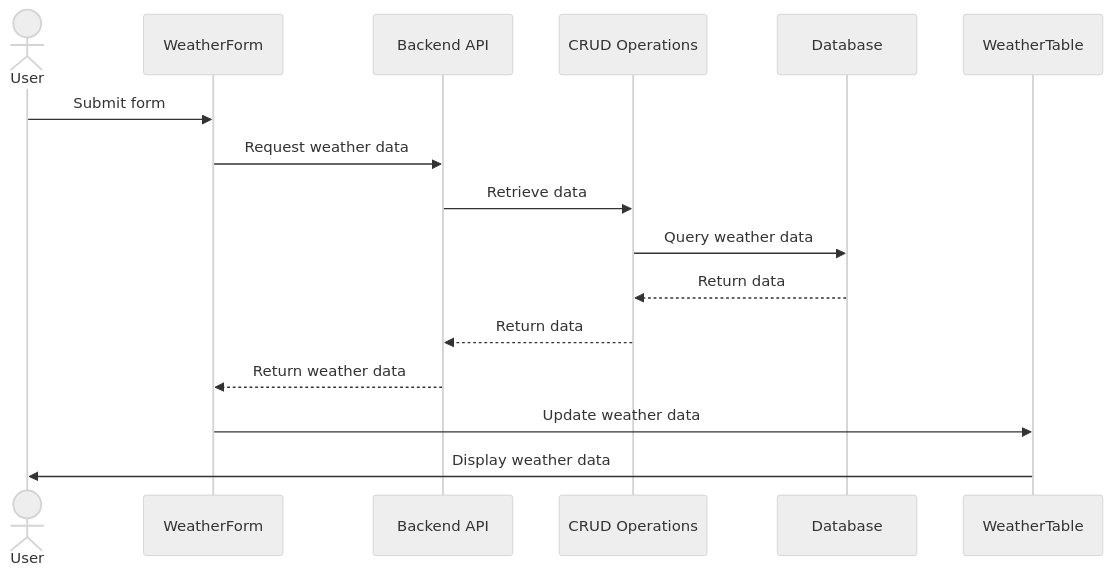
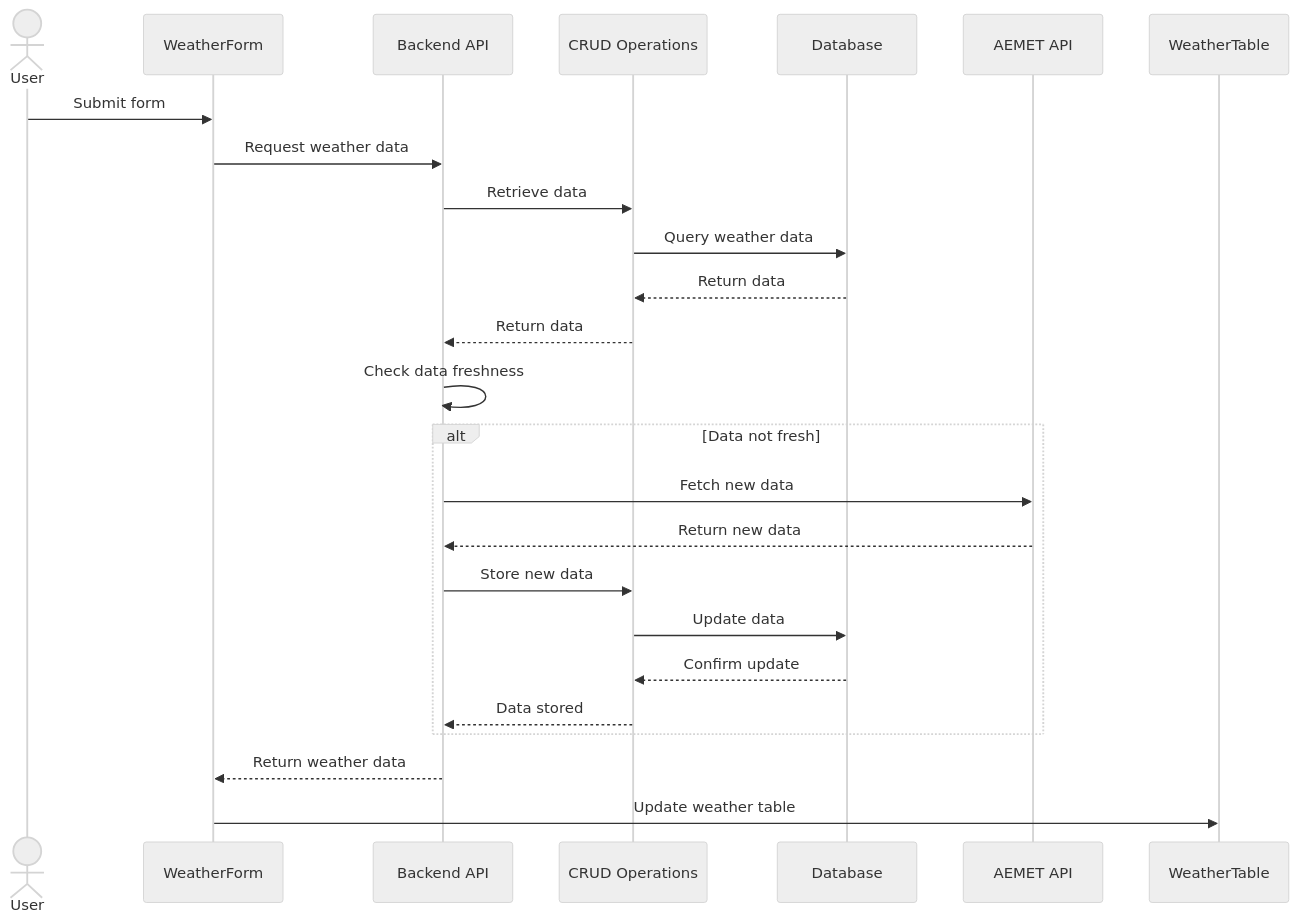
One commit to rafahuelin/weather changed the diagram in README.md. Above: the diagram before and after it, drawn with Mermaid (neutral theme).

Commit message:
add data freshness to sequence diagram

````diff
--- a/README.md
+++ b/README.md
@@ -23,13 +23,21 @@
 ```mermaid
 sequenceDiagram
     actor User
     User->>WeatherForm: Submit form
     WeatherForm->>Backend API: Request weather data
     Backend API->>CRUD Operations: Retrieve data
     CRUD Operations->>Database: Query weather data
     Database-->>CRUD Operations: Return data
     CRUD Operations-->>Backend API: Return data
+    Backend API->>Backend API: Check data freshness
+    alt Data not fresh
+        Backend API->>AEMET API: Fetch new data
+        AEMET API-->>Backend API: Return new data
+        Backend API->>CRUD Operations: Store new data
+        CRUD Operations->>Database: Update data
+        Database-->>CRUD Operations: Confirm update
+        CRUD Operations-->>Backend API: Data stored
+    end
     Backend API-->>WeatherForm: Return weather data
-    WeatherForm->>WeatherTable: Update weather data
-    WeatherTable->>User: Display weather data
+    WeatherForm->>WeatherTable: Update weather table
 ```
````
